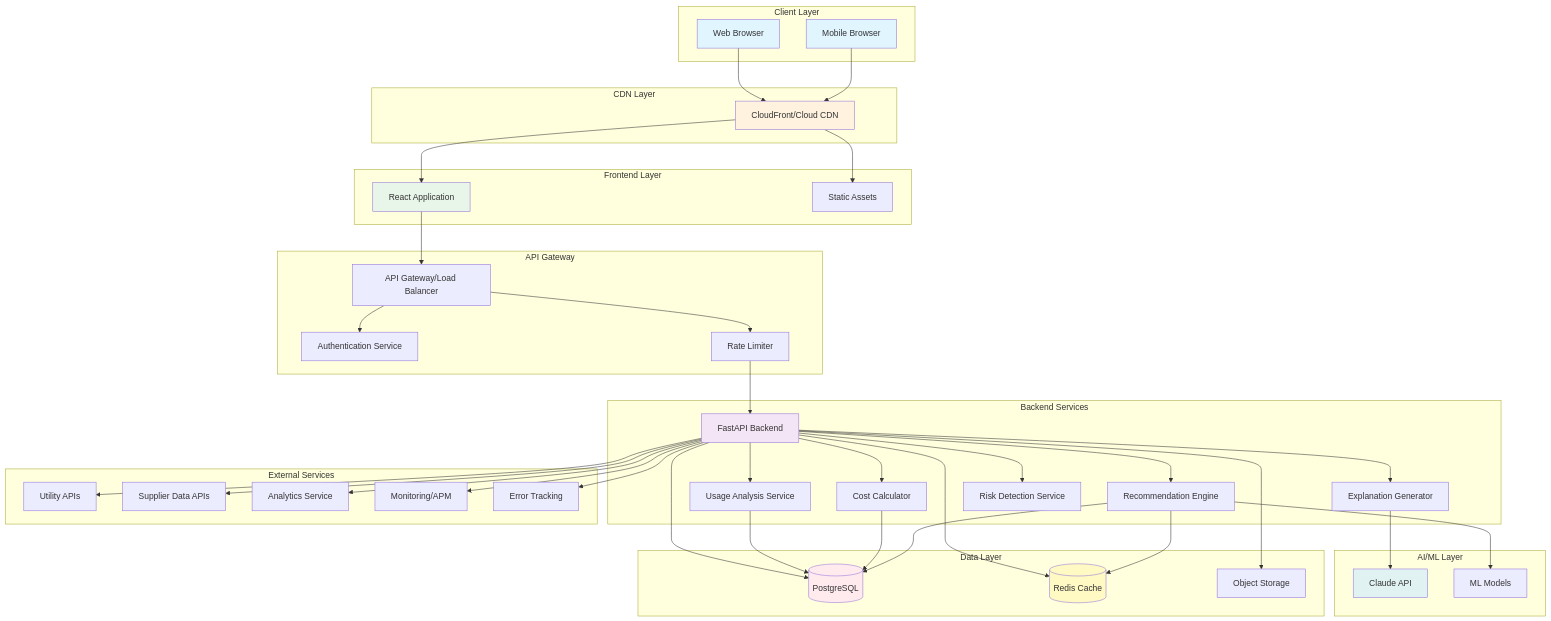
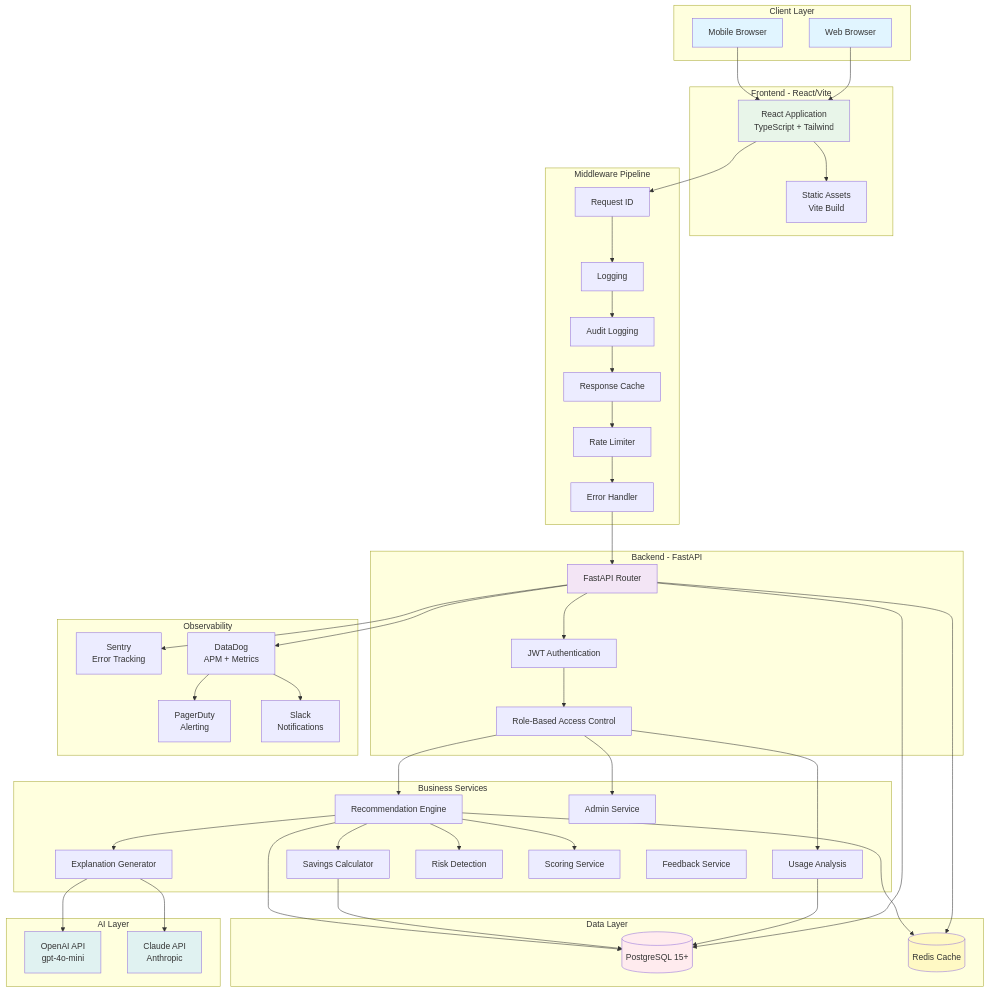
Before and after one commit to Rhoahndur/Treebeard: the first of 11 diagrams in architecture.md, drawn with Mermaid. The commit also changed other lines of this file, not shown here.

Commit message:
updated architecture doc

````diff
--- a/architecture.md
+++ b/architecture.md
@@ -9,89 +9,98 @@
         MOBILE[Mobile Browser]
     end
 
-    subgraph "CDN Layer"
-        CDN[CloudFront/Cloud CDN]
+    subgraph "Frontend - React/Vite"
+        REACT[React Application<br/>TypeScript + Tailwind]
+        STATIC[Static Assets<br/>Vite Build]
     end
 
-    subgraph "Frontend Layer"
-        REACT[React Application]
-        STATIC[Static Assets]
+    subgraph "Middleware Pipeline"
+        REQID[Request ID]
+        LOGGING[Logging]
+        AUDIT[Audit Logging]
+        CACHE_MW[Response Cache]
+        RATELIMIT[Rate Limiter]
+        ERRHANDLER[Error Handler]
     end
 
-    subgraph "API Gateway"
-        APIGW[API Gateway/Load Balancer]
-        AUTH[Authentication Service]
-        RATELIMIT[Rate Limiter]
+    subgraph "Backend - FastAPI"
+        API[FastAPI Router]
+        AUTH[JWT Authentication]
+        RBAC[Role-Based Access Control]
     end
 
-    subgraph "Backend Services"
-        API[FastAPI Backend]
+    subgraph "Business Services"
         RECOMMEND[Recommendation Engine]
-        ANALYZE[Usage Analysis Service]
+        ANALYZE[Usage Analysis]
         EXPLAIN[Explanation Generator]
-        CALC[Cost Calculator]
-        RISK[Risk Detection Service]
+        CALC[Savings Calculator]
+        RISK[Risk Detection]
+        SCORE[Scoring Service]
+        FEEDBACK_SVC[Feedback Service]
+        ADMIN_SVC[Admin Service]
     end
 
-    subgraph "AI/ML Layer"
-        CLAUDE[Claude API]
-        ML[ML Models]
+    subgraph "AI Layer"
+        OPENAI[OpenAI API<br/>gpt-4o-mini]
+        CLAUDE[Claude API<br/>Anthropic]
     end
 
     subgraph "Data Layer"
-        POSTGRES[(PostgreSQL)]
+        POSTGRES[(PostgreSQL 15+)]
         REDIS[(Redis Cache)]
-        S3[Object Storage]
     end
 
-    subgraph "External Services"
-        UTILITY[Utility APIs]
-        SUPPLIER[Supplier Data APIs]
-        ANALYTICS[Analytics Service]
-        MONITORING[Monitoring/APM]
-        SENTRY[Error Tracking]
+    subgraph "Observability"
+        SENTRY[Sentry<br/>Error Tracking]
+        DATADOG[DataDog<br/>APM + Metrics]
+        PAGERDUTY[PagerDuty<br/>Alerting]
+        SLACK_ALERT[Slack<br/>Notifications]
     end
 
-    WEB --> CDN
-    MOBILE --> CDN
-    CDN --> REACT
-    CDN --> STATIC
-    
-    REACT --> APIGW
-    APIGW --> AUTH
-    APIGW --> RATELIMIT
-    RATELIMIT --> API
-    
-    API --> RECOMMEND
-    API --> ANALYZE
-    API --> EXPLAIN
-    API --> CALC
-    API --> RISK
-    
-    RECOMMEND --> ML
+    WEB --> REACT
+    MOBILE --> REACT
+    REACT --> STATIC
+
+    REACT --> REQID
+    REQID --> LOGGING
+    LOGGING --> AUDIT
+    AUDIT --> CACHE_MW
+    CACHE_MW --> RATELIMIT
+    RATELIMIT --> ERRHANDLER
+    ERRHANDLER --> API
+
+    API --> AUTH
+    AUTH --> RBAC
+    RBAC --> RECOMMEND
+    RBAC --> ANALYZE
+    RBAC --> ADMIN_SVC
+
+    RECOMMEND --> SCORE
+    RECOMMEND --> CALC
+    RECOMMEND --> RISK
+    RECOMMEND --> EXPLAIN
+
+    EXPLAIN --> OPENAI
     EXPLAIN --> CLAUDE
-    
+
     API --> POSTGRES
     API --> REDIS
-    API --> S3
-    
     ANALYZE --> POSTGRES
     CALC --> POSTGRES
     RECOMMEND --> POSTGRES
     RECOMMEND --> REDIS
-    
-    API --> UTILITY
-    API --> SUPPLIER
-    API --> ANALYTICS
-    API --> MONITORING
+
     API --> SENTRY
+    API --> DATADOG
+    DATADOG --> PAGERDUTY
+    DATADOG --> SLACK_ALERT
 
     style WEB fill:#e1f5ff
     style MOBILE fill:#e1f5ff
-    style CDN fill:#fff3e0
     style REACT fill:#e8f5e9
     style API fill:#f3e5f5
     style POSTGRES fill:#ffebee
     style REDIS fill:#fff9c4
+    style OPENAI fill:#e0f2f1
     style CLAUDE fill:#e0f2f1
 ```
````
